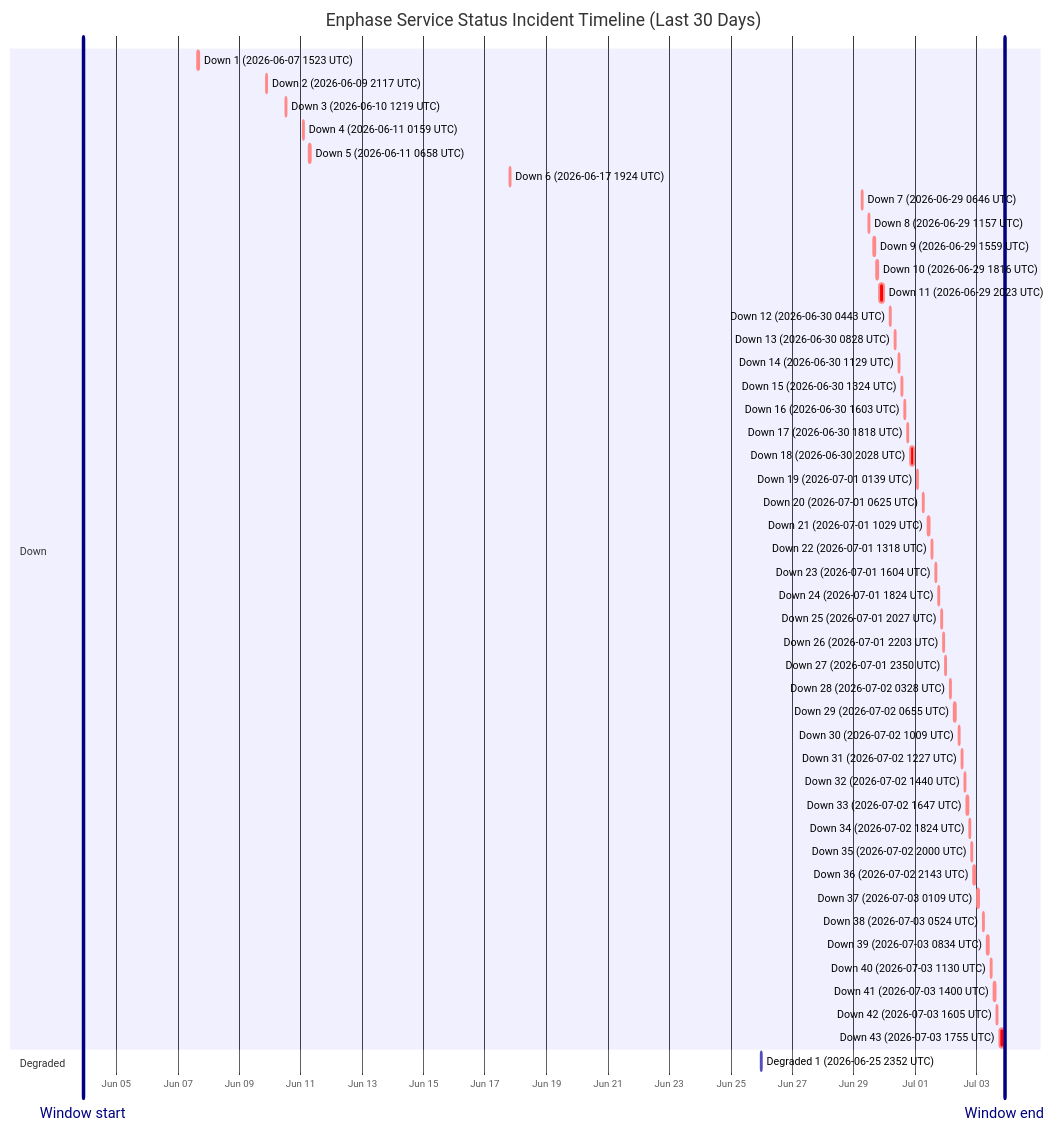
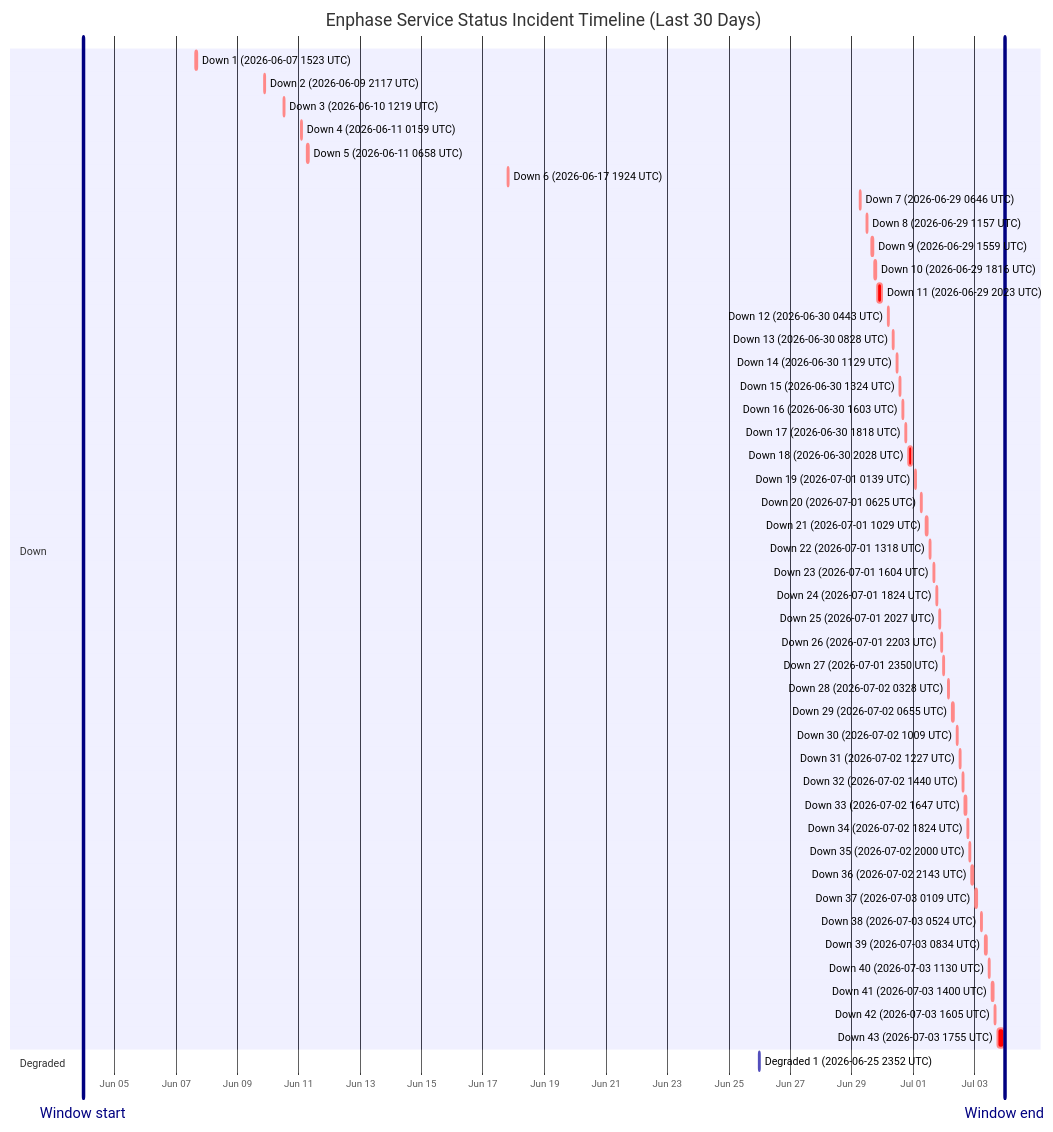
Before and after one commit to barneyonline/ha-enphase-energy: the diagram in wiki/Service-Status-History.md, drawn with Mermaid. The commit also changed other lines of this file and 3 other files, not shown here.

````diff
--- a/wiki/Service-Status-History.md
+++ b/wiki/Service-Status-History.md
@@ -14,54 +14,54 @@
 ```mermaid
 gantt
     title Enphase Service Status Incident Timeline (Last 30 Days)
     dateFormat  YYYY-MM-DDTHH:mm:ss
     axisFormat  %b %d
-    Window start :vert, window-start, 2026-06-03T22:03:17, 0ms
-    Window end :vert, window-end, 2026-07-03T22:03:17, 0ms
+    Window start :vert, window-start, 2026-06-03T23:34:07, 0ms
+    Window end :vert, window-end, 2026-07-03T23:34:07, 0ms
     section Down
     Down 1 (2026-06-07 1523 UTC) :crit, down-1, 2026-06-07T15:23:22, 87m
     Down 2 (2026-06-09 2117 UTC) :crit, down-2, 2026-06-09T21:17:17, 60m
     Down 3 (2026-06-10 1219 UTC) :crit, down-3, 2026-06-10T12:19:21, 60m
     Down 4 (2026-06-11 0159 UTC) :crit, down-4, 2026-06-11T01:59:36, 60m
     Down 5 (2026-06-11 0658 UTC) :crit, down-5, 2026-06-11T06:58:45, 60m
     Down 6 (2026-06-17 1924 UTC) :crit, down-6, 2026-06-17T19:24:51, 60m
     Down 7 (2026-06-29 0646 UTC) :crit, down-7, 2026-06-29T06:46:18, 60m
     Down 8 (2026-06-29 1157 UTC) :crit, down-8, 2026-06-29T11:57:36, 60m
     Down 9 (2026-06-29 1559 UTC) :crit, down-9, 2026-06-29T15:59:02, 60m
     Down 10 (2026-06-29 1816 UTC) :crit, down-10, 2026-06-29T18:16:38, 60m
     Down 11 (2026-06-29 2023 UTC) :crit, down-11, 2026-06-29T20:23:16, 220m
     Down 12 (2026-06-30 0443 UTC) :crit, down-12, 2026-06-30T04:43:54, 60m
     Down 13 (2026-06-30 0828 UTC) :crit, down-13, 2026-06-30T08:28:43, 60m
     Down 14 (2026-06-30 1129 UTC) :crit, down-14, 2026-06-30T11:29:15, 60m
     Down 15 (2026-06-30 1324 UTC) :crit, down-15, 2026-06-30T13:24:25, 60m
     Down 16 (2026-06-30 1603 UTC) :crit, down-16, 2026-06-30T16:03:26, 60m
     Down 17 (2026-06-30 1818 UTC) :crit, down-17, 2026-06-30T18:18:39, 60m
     Down 18 (2026-06-30 2028 UTC) :crit, down-18, 2026-06-30T20:28:54, 171m
     Down 19 (2026-07-01 0139 UTC) :crit, down-19, 2026-07-01T01:39:18, 60m
     Down 20 (2026-07-01 0625 UTC) :crit, down-20, 2026-07-01T06:25:35, 60m
     Down 21 (2026-07-01 1029 UTC) :crit, down-21, 2026-07-01T10:29:24, 60m
     Down 22 (2026-07-01 1318 UTC) :crit, down-22, 2026-07-01T13:18:31, 60m
     Down 23 (2026-07-01 1604 UTC) :crit, down-23, 2026-07-01T16:04:29, 60m
     Down 24 (2026-07-01 1824 UTC) :crit, down-24, 2026-07-01T18:24:21, 60m
     Down 25 (2026-07-01 2027 UTC) :crit, down-25, 2026-07-01T20:27:17, 60m
     Down 26 (2026-07-01 2203 UTC) :crit, down-26, 2026-07-01T22:03:46, 60m
     Down 27 (2026-07-01 2350 UTC) :crit, down-27, 2026-07-01T23:50:52, 60m
     Down 28 (2026-07-02 0328 UTC) :crit, down-28, 2026-07-02T03:28:33, 60m
     Down 29 (2026-07-02 0655 UTC) :crit, down-29, 2026-07-02T06:55:07, 60m
     Down 30 (2026-07-02 1009 UTC) :crit, down-30, 2026-07-02T10:09:15, 60m
     Down 31 (2026-07-02 1227 UTC) :crit, down-31, 2026-07-02T12:27:49, 60m
     Down 32 (2026-07-02 1440 UTC) :crit, down-32, 2026-07-02T14:40:53, 60m
     Down 33 (2026-07-02 1647 UTC) :crit, down-33, 2026-07-02T16:47:47, 60m
     Down 34 (2026-07-02 1824 UTC) :crit, down-34, 2026-07-02T18:24:26, 60m
     Down 35 (2026-07-02 2000 UTC) :crit, down-35, 2026-07-02T20:00:57, 60m
     Down 36 (2026-07-02 2143 UTC) :crit, down-36, 2026-07-02T21:43:52, 80m
     Down 37 (2026-07-03 0109 UTC) :crit, down-37, 2026-07-03T01:09:19, 60m
     Down 38 (2026-07-03 0524 UTC) :crit, down-38, 2026-07-03T05:24:23, 60m
     Down 39 (2026-07-03 0834 UTC) :crit, down-39, 2026-07-03T08:34:05, 60m
     Down 40 (2026-07-03 1130 UTC) :crit, down-40, 2026-07-03T11:30:41, 60m
     Down 41 (2026-07-03 1400 UTC) :crit, down-41, 2026-07-03T14:00:48, 60m
     Down 42 (2026-07-03 1605 UTC) :crit, down-42, 2026-07-03T16:05:49, 60m
-    Down 43 (2026-07-03 1755 UTC) :crit, down-43, 2026-07-03T17:55:54, 247m
+    Down 43 (2026-07-03 1755 UTC) :crit, down-43, 2026-07-03T17:55:54, 338m
     section Degraded
     Degraded 1 (2026-06-25 2352 UTC) :active, degraded-1, 2026-06-25T23:52:01, 60m
 ```
````
